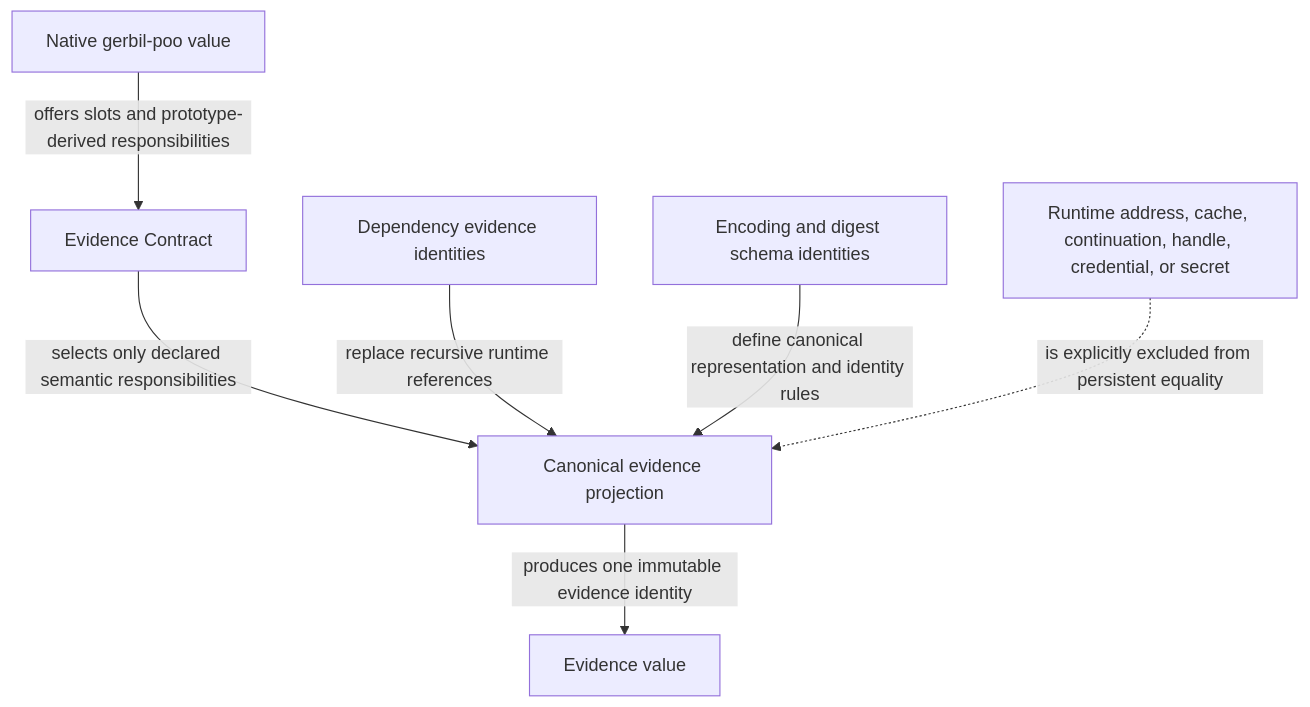
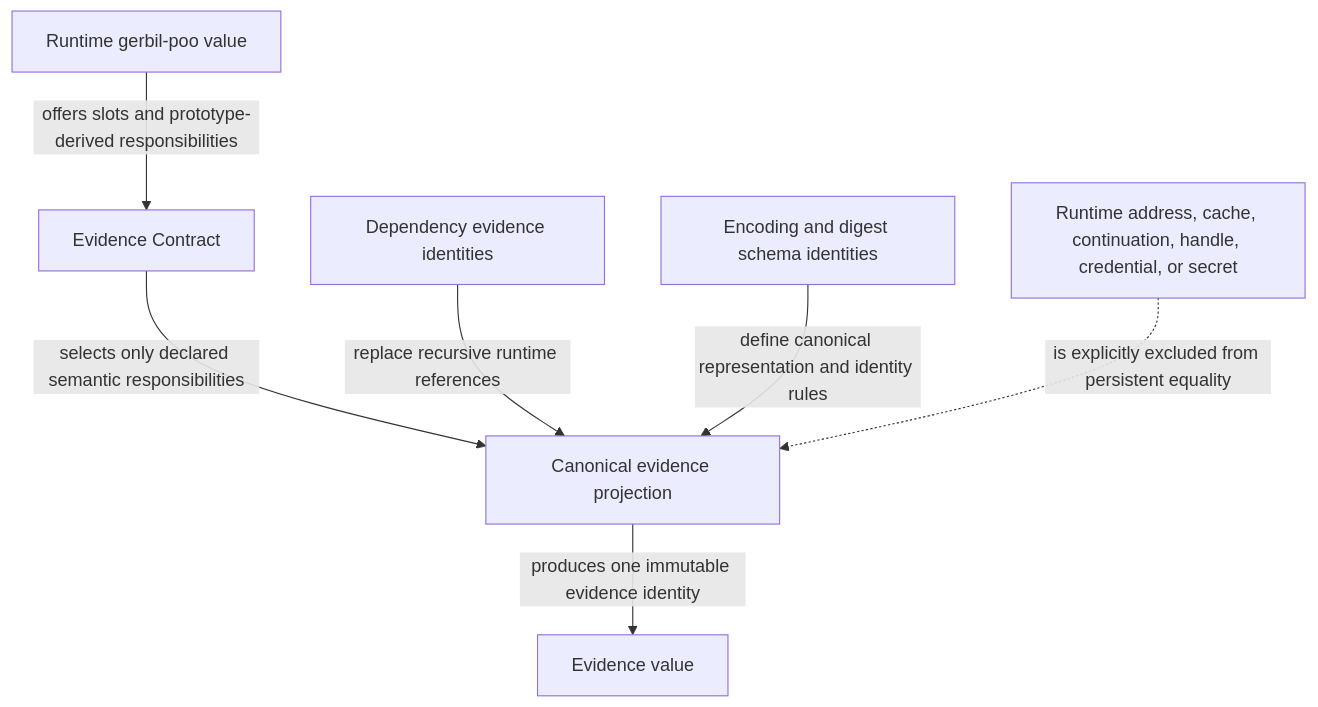
Before and after one commit to tao3k/gebril-yuanxu: the first of 2 diagrams in module-system/design/45-120-11-canonical-evidence-projection-and-versioned-identity-schema.org, drawn with Mermaid. The commit also changed other lines of this file and 1469 other files, not shown here.

```diff
--- a/module-system/design/45-120-11-canonical-evidence-projection-and-versioned-identity-schema.org
+++ b/module-system/design/45-120-11-canonical-evidence-projection-and-versioned-identity-schema.org
@@ -81,9 +81,9 @@
 #+begin_src mermaid
 flowchart TD
-  O["Native gerbil-poo value"] -->|"offers slots and prototype-derived responsibilities"| C["Evidence Contract"]
+  O["Runtime gerbil-poo value"] -->|"offers slots and prototype-derived responsibilities"| C["Evidence Contract"]
   C -->|"selects only declared semantic responsibilities"| P["Canonical evidence projection"]
   D["Dependency evidence identities"] -->|"replace recursive runtime references"| P
   S["Encoding and digest schema identities"] -->|"define canonical representation and identity rules"| P
   P -->|"produces one immutable evidence identity"| E["Evidence value"]
   R["Runtime address, cache, continuation, handle, credential, or secret"] -.->|"is explicitly excluded from persistent equality"| P
 #+end_src
```
